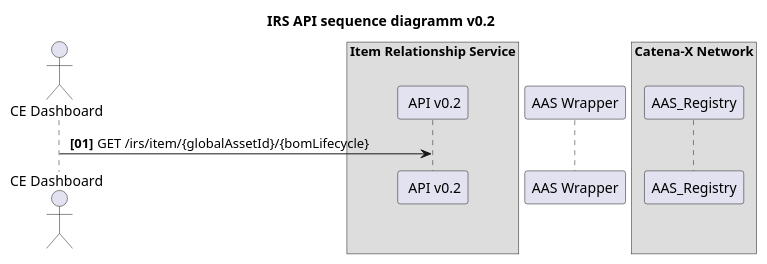
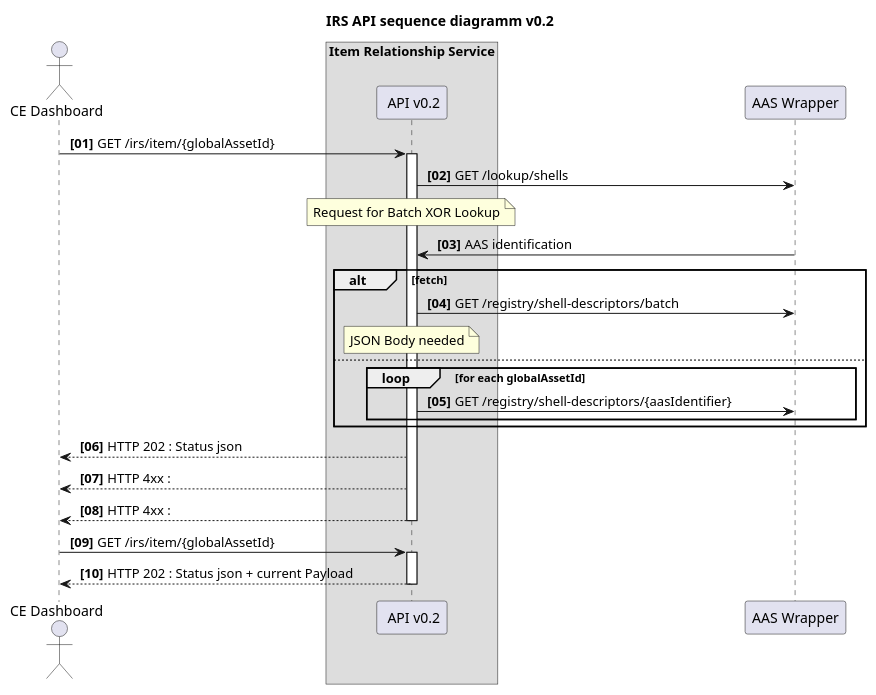
One commit to eclipse-tractusx/item-relationship-service changed the diagram in uml-diagramms/api-v0.2-sequence.puml. Above: the diagram before and after it, drawn with PlantUML.

```diff
--- a/uml-diagramms/api-v0.2-sequence.puml
+++ b/uml-diagramms/api-v0.2-sequence.puml
@@ -1,21 +1,54 @@
 @startuml
 title IRS API sequence diagramm v0.2
 
 actor CE as "CE Dashboard"
 
 box Item Relationship Service
 participant IRS_API as " API v0.2"
 end box
 
 participant AAS_W as "AAS Wrapper"
 
-box Catena-X Network
-participant AAS_Registry
-end box
+' box Catena-X Network
+' participant AAS_R as "AAS Registry"
+' end box
 
 autonumber "<b> [00]"
 
-CE -> IRS_API: GET /irs/item/{globalAssetId}/{bomLifecycle} 
+CE -> IRS_API: GET /irs/item/{globalAssetId}
+activate IRS_API
+IRS_API -> AAS_W: GET /lookup/shells
+
+note over IRS_API
+Request for Batch XOR Lookup
+end note
+
+AAS_W -> IRS_API: AAS identification
+
+alt fetch
+IRS_API -> AAS_W: GET /registry/shell-descriptors/batch
+note over IRS_API
+JSON Body needed
+end note
+
+else 
+
+loop for each globalAssetId
+IRS_API -> AAS_W: GET /registry/shell-descriptors/{aasIdentifier}
+end
+end
 
 
+IRS_API --> CE: HTTP 202 : Status json
+IRS_API --> CE: HTTP 4xx : 
+IRS_API --> CE: HTTP 4xx : 
+deactivate IRS_API
+
+
+CE -> IRS_API: GET /irs/item/{globalAssetId}
+activate IRS_API
+IRS_API --> CE: HTTP 202 : Status json + current Payload
+
+deactivate IRS_API
+
 @enduml
```
